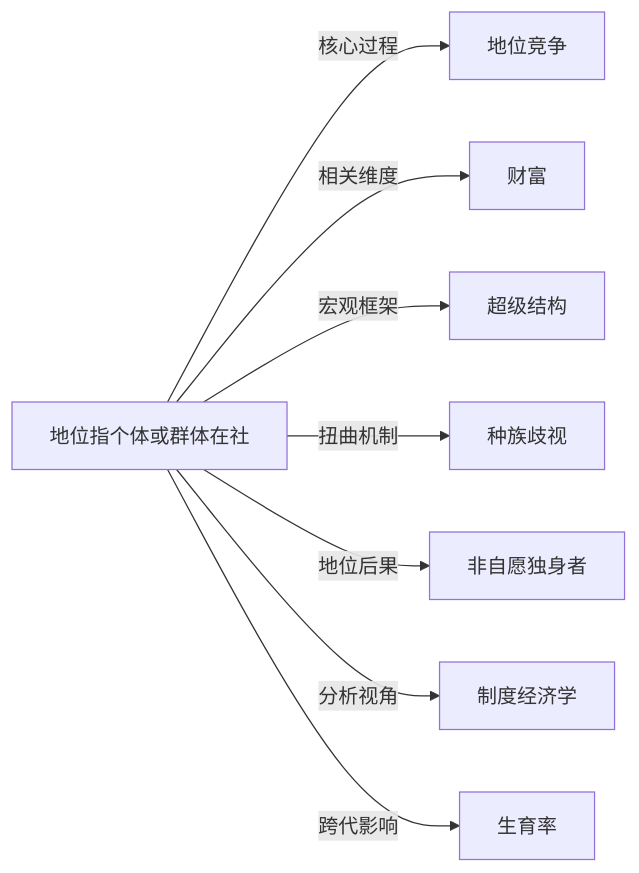
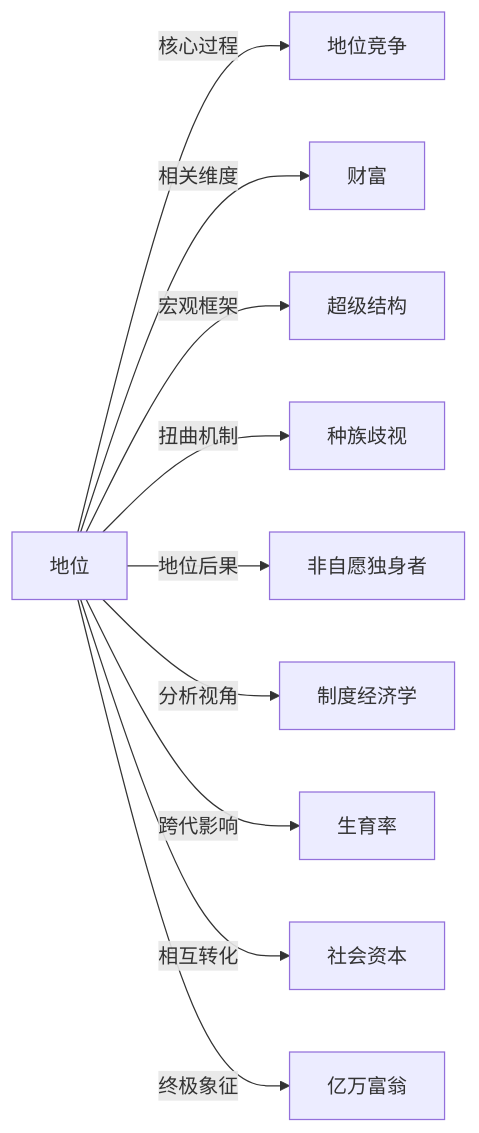
The diagram in Knowledge/Concepts/社会学/地位.md (KIMMCHOW/MyKnowledge), drawn with Mermaid before and after one commit. The commit also changed 96 other files, not shown here.

Commit message:
fix: 修复概念页关系图节点并补齐缺失关联

````diff
--- a/Knowledge/Concepts/社会学/地位.md
+++ b/Knowledge/Concepts/社会学/地位.md
@@ -49,10 +49,12 @@
 ```mermaid
 graph LR
-    地位指个体或群体在社 -->|核心过程| 地位竞争
-    地位指个体或群体在社 -->|相关维度| 财富
-    地位指个体或群体在社 -->|宏观框架| 超级结构
-    地位指个体或群体在社 -->|扭曲机制| 种族歧视
-    地位指个体或群体在社 -->|地位后果| 非自愿独身者
-    地位指个体或群体在社 -->|分析视角| 制度经济学
-    地位指个体或群体在社 -->|跨代影响| 生育率
+地位 -->|核心过程| 地位竞争
+地位 -->|相关维度| 财富
+地位 -->|宏观框架| 超级结构
+地位 -->|扭曲机制| 种族歧视
+地位 -->|地位后果| 非自愿独身者
+地位 -->|分析视角| 制度经济学
+地位 -->|跨代影响| 生育率
+地位 -->|相互转化| 社会资本
+地位 -->|终极象征| 亿万富翁
 ```
````
